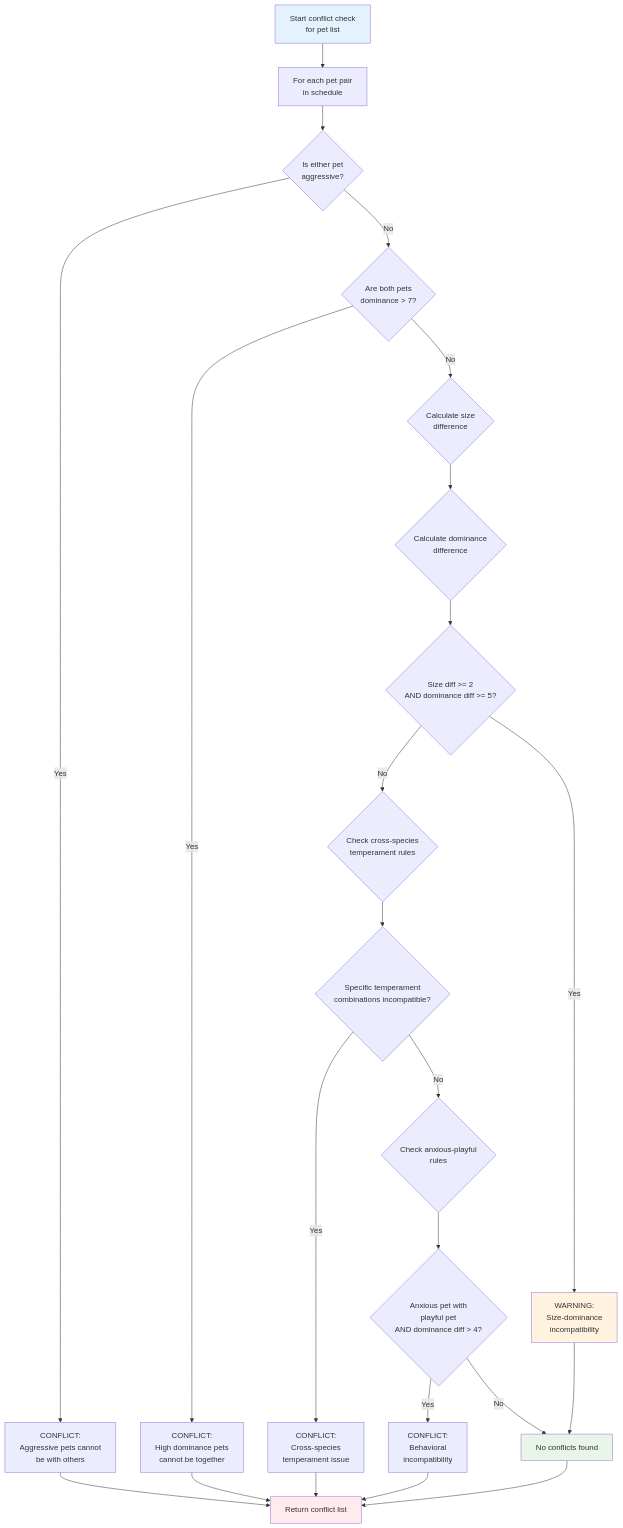
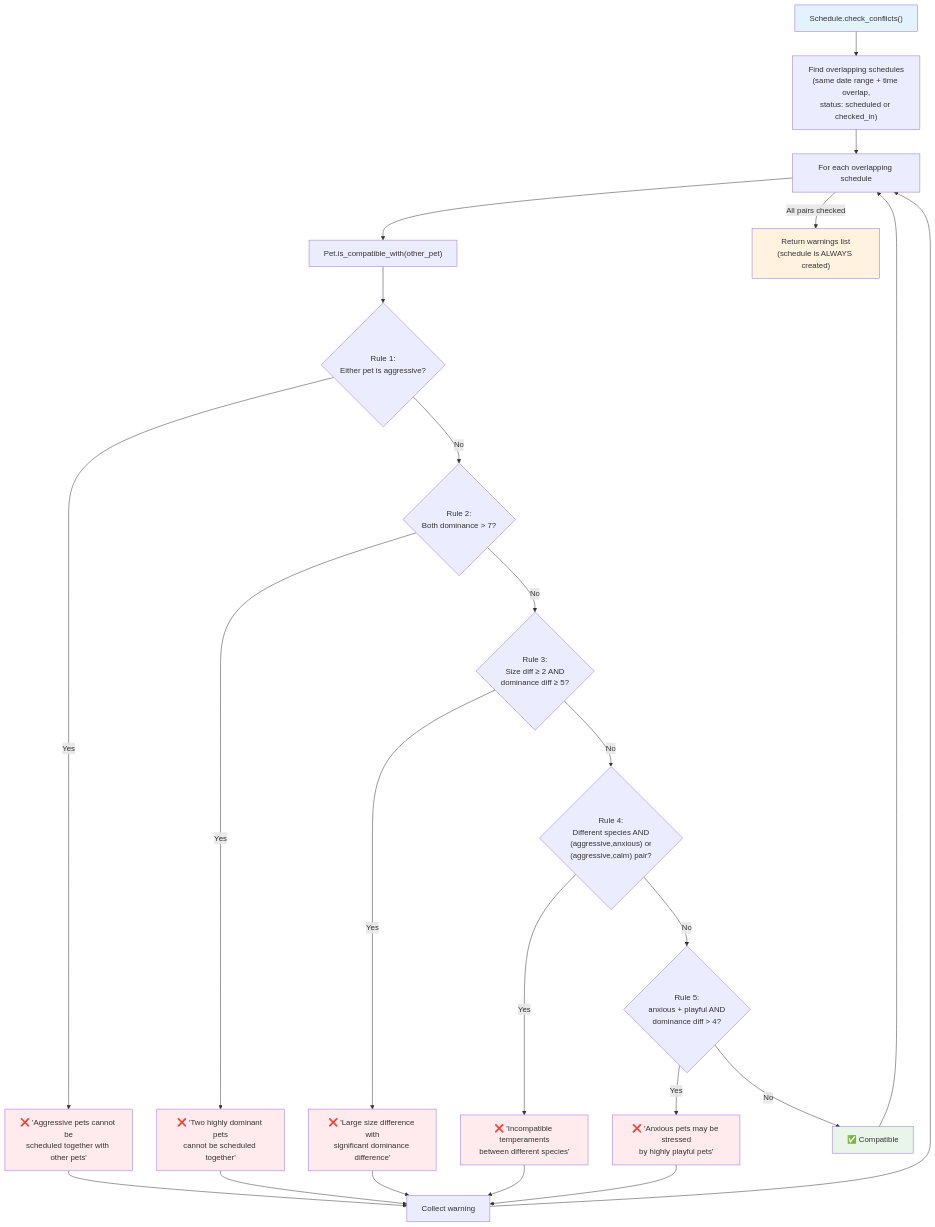
Before and after one commit to maxi3390/happydogs-calendar: the eighth of 10 diagrams in docs/docs/architecture.md, drawn with Mermaid. The commit also changed other lines of this file and 42 other files, not shown here.

````diff
--- a/docs/docs/architecture.md
+++ b/docs/docs/architecture.md
@@ -268,31 +434,36 @@
 ```mermaid
 flowchart TD
-    A[Start conflict check<br/>for pet list] --> B[For each pet pair<br/>in schedule]
-    B --> C{Is either pet<br/>aggressive?}
-    C -->|Yes| D[CONFLICT:<br/>Aggressive pets cannot<br/>be with others]
-    C -->|No| E{Are both pets<br/>dominance > 7?}
-    E -->|Yes| F[CONFLICT:<br/>High dominance pets<br/>cannot be together]
-    E -->|No| G{Calculate size<br/>difference}
-    G --> H{Calculate dominance<br/>difference}
-    H --> I{Size diff >= 2<br/>AND dominance diff >= 5?}
-    I -->|Yes| J[WARNING:<br/>Size-dominance<br/>incompatibility]
-    I -->|No| K{Check cross-species<br/>temperament rules}
-    K --> L{Specific temperament<br/>combinations incompatible?}
-    L -->|Yes| M[CONFLICT:<br/>Cross-species<br/>temperament issue]
-    L -->|No| N{Check anxious-playful<br/>rules}
-    N --> O{Anxious pet with<br/>playful pet<br/>AND dominance diff > 4?}
-    O -->|Yes| P[CONFLICT:<br/>Behavioral<br/>incompatibility]
-    O -->|No| Q[No conflicts found]
+    Start["Schedule.check_conflicts()"] --> FindOverlap["Find overlapping schedules<br/>(same date range + time overlap,<br/>status: scheduled or checked_in)"]
+    FindOverlap --> Loop["For each overlapping schedule"]
+    Loop --> CallCompat["Pet.is_compatible_with(other_pet)"]
 
-    D --> R[Return conflict list]
-    F --> R
-    M --> R
-    P --> R
-    J --> Q
-    Q --> R
+    CallCompat --> R1{"Rule 1:<br/>Either pet is aggressive?"}
+    R1 -->|Yes| C1["❌ 'Aggressive pets cannot be<br/>scheduled together with other pets'"]
+    R1 -->|No| R2{"Rule 2:<br/>Both dominance > 7?"}
+    R2 -->|Yes| C2["❌ 'Two highly dominant pets<br/>cannot be scheduled together'"]
+    R2 -->|No| R3{"Rule 3:<br/>Size diff ≥ 2 AND<br/>dominance diff ≥ 5?"}
+    R3 -->|Yes| C3["❌ 'Large size difference with<br/>significant dominance difference'"]
+    R3 -->|No| R4{"Rule 4:<br/>Different species AND<br/>(aggressive,anxious) or<br/>(aggressive,calm) pair?"}
+    R4 -->|Yes| C4["❌ 'Incompatible temperaments<br/>between different species'"]
+    R4 -->|No| R5{"Rule 5:<br/>anxious + playful AND<br/>dominance diff > 4?"}
+    R5 -->|Yes| C5["❌ 'Anxious pets may be stressed<br/>by highly playful pets'"]
+    R5 -->|No| OK["✅ Compatible"]
 
-    style A fill:#e3f2fd
-    style Q fill:#e8f5e8
-    style R fill:#ffebee
-    style J fill:#fff3e0
+    C1 --> Collect["Collect warning"]
+    C2 --> Collect
+    C3 --> Collect
+    C4 --> Collect
+    C5 --> Collect
+    Collect --> Loop
+    OK --> Loop
+    Loop -->|"All pairs checked"| Return["Return warnings list<br/>(schedule is ALWAYS created)"]
+
+    style Start fill:#e3f2fd
+    style OK fill:#e8f5e8
+    style Return fill:#fff3e0
+    style C1 fill:#ffebee
+    style C2 fill:#ffebee
+    style C3 fill:#ffebee
+    style C4 fill:#ffebee
+    style C5 fill:#ffebee
 ```
````
